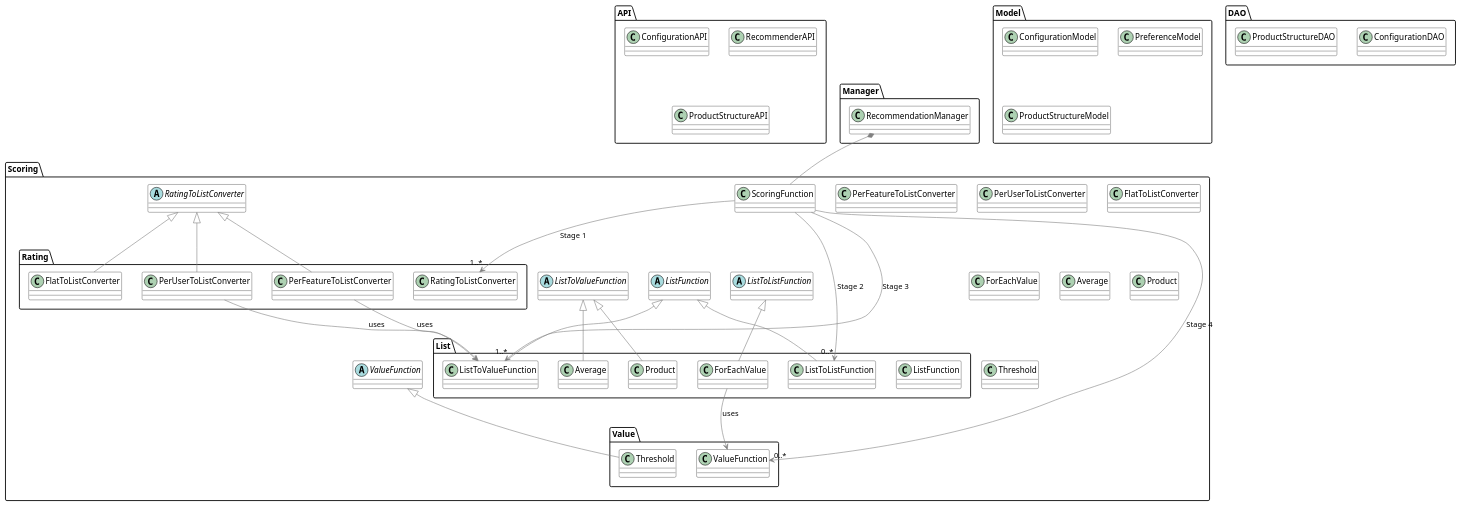
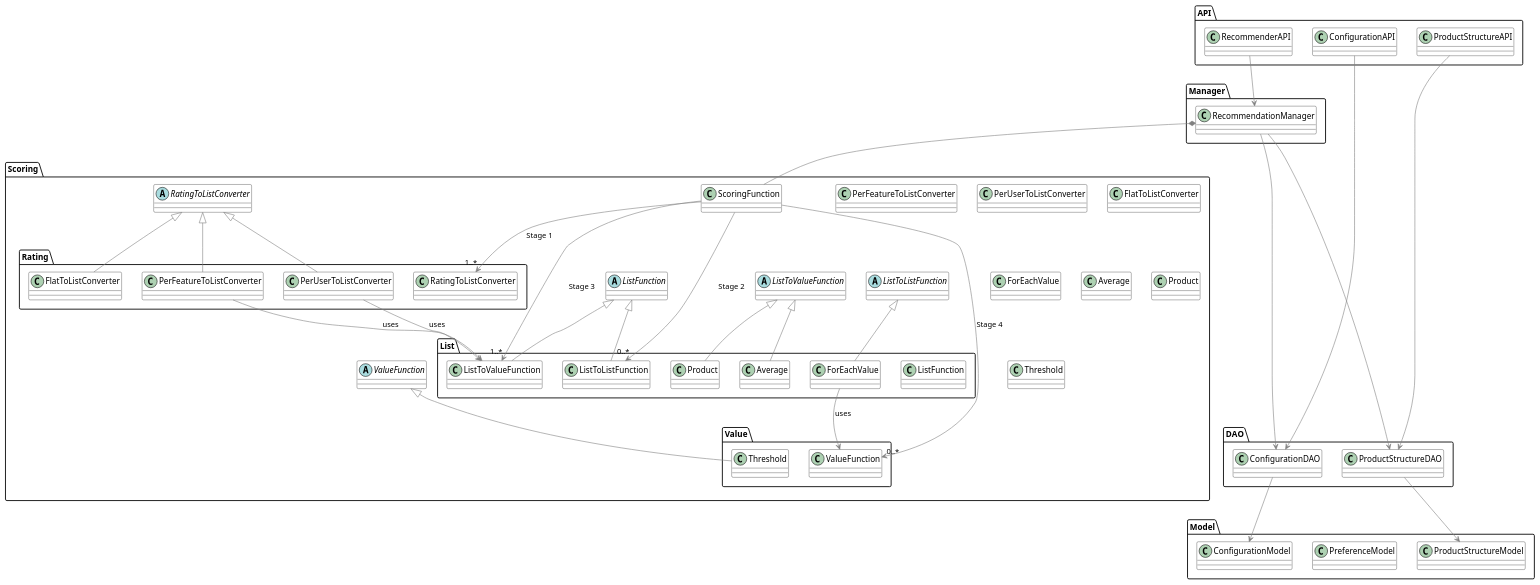
The diagram in Additional_Notes/class_diagram.plantuml (13hannes11/bachelor_thesis), drawn with PlantUML before and after one commit.

Commit message:
add additional connections to class diagram

```diff
--- a/Additional_Notes/class_diagram.plantuml
+++ b/Additional_Notes/class_diagram.plantuml
@@ -1,129 +1,141 @@
 @startuml
 
 skinparam class {
 	BackgroundColor White
 	ArrowColor Grey
 	BorderColor Black
 }
 skinparam shadowing false
 
 package API {
     class ConfigurationAPI
     class RecommenderAPI
     class ProductStructureAPI
 }
 
 package Manager {
     class RecommendationManager
 }
 
 package Model{
     class ConfigurationModel
     class PreferenceModel
     class ProductStructureModel
 }
 
 package DAO {
     class ConfigurationDAO
     class ProductStructureDAO
 }
 
 package Scoring {  
     
     
 
     package List {
         class ListFunction
         class ListToListFunction
         class ListToValueFunction
         class Average
         class Product
         class ForEachValue
     }
 
     package Value {
         class ValueFunction
         class Threshold
     }
 
     package Rating {
         class RatingToListConverter
         class FlatToListConverter
         class PerUserToListConverter
         class PerFeatureToListConverter
     }
 
 
     ScoringFunction --> "1..*" RatingToListConverter : Stage 1
     ScoringFunction --> "0..*" ListToListFunction : Stage 2
     ScoringFunction --> "1..*" ListToValueFunction : Stage 3
     ScoringFunction --> "0..*" ValueFunction : Stage 4
 
     class ScoringFunction{
 
     }
 
     abstract class RatingToListConverter {
 
     }
 
     RatingToListConverter <|-- PerFeatureToListConverter
     PerFeatureToListConverter --> ListToValueFunction :uses
     class PerFeatureToListConverter {
 
     }
     RatingToListConverter <|-- PerUserToListConverter
     PerUserToListConverter --> ListToValueFunction :uses
     class PerUserToListConverter {
 
     }
     RatingToListConverter <|-- FlatToListConverter
     class FlatToListConverter {
 
     }
  
     abstract class ListFunction {
 
     }
 
     ListFunction <|-- ListToListFunction
     abstract class ListToListFunction {
 
     }
 
     ListToListFunction <|-- ForEachValue
     ForEachValue --> ValueFunction:uses
     class ForEachValue {
 
     }
 
 
     ListFunction <|-- ListToValueFunction
     abstract class ListToValueFunction {
         
     }
 
     ListToValueFunction <|-- Average
     class Average {
         
     }
     ListToValueFunction <|-- Product
     class Product {
 
     }
 
     abstract class ValueFunction{
 
     }
 
     ValueFunction <|-- Threshold
     class Threshold {
         
     }
 }
 
 RecommendationManager *-- ScoringFunction
 
+ConfigurationAPI --> ConfigurationDAO
+ProductStructureAPI --> ProductStructureDAO
+RecommenderAPI --> RecommendationManager
+
+RecommendationManager --> ProductStructureDAO
+RecommendationManager --> ConfigurationDAO
+ScoringFunction --[hidden]--> ConfigurationDAO
+
+
+
+ConfigurationDAO --> ConfigurationModel
+ProductStructureDAO --> ProductStructureModel
 
 
 @enduml
```
